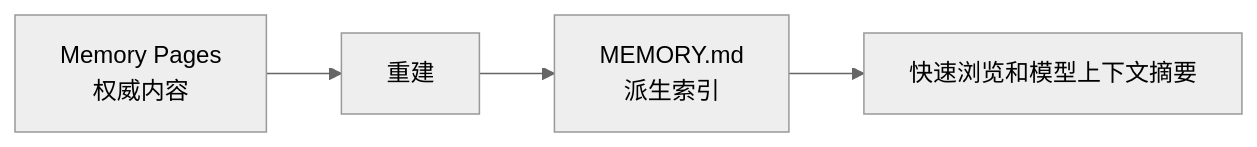
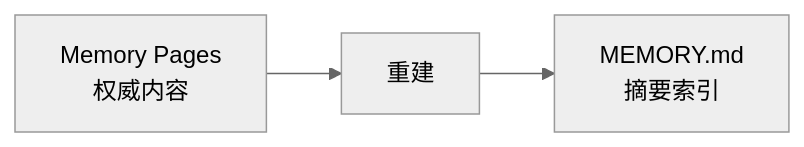
One commit to Arthur999459up/GitAgent changed the seventh of 10 diagrams in docs/11-long-term-memory.md. Above: the diagram before and after it, drawn with Mermaid (neutral theme). The commit also changed other lines of this file and 15 other files, not shown here.

````diff
--- a/docs/11-long-term-memory.md
+++ b/docs/11-long-term-memory.md
@@ -419,6 +170,7 @@
 ```mermaid
 flowchart LR
-    A[Memory Pages<br/>权威内容] --> B[重建]
-    B --> C[MEMORY.md<br/>派生索引]
-    C --> D[快速浏览和模型上下文摘要]
+    P[Memory Pages
+权威内容] --> R[重建]
+    R --> I[MEMORY.md
+摘要索引]
 ```
````
